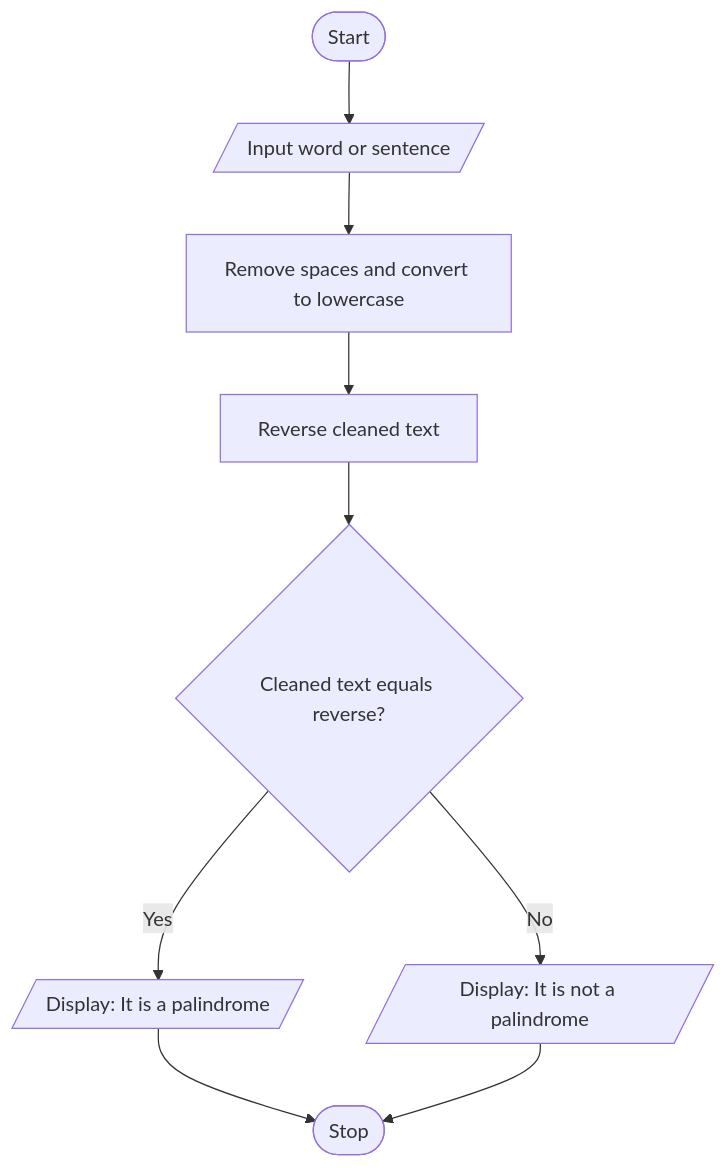
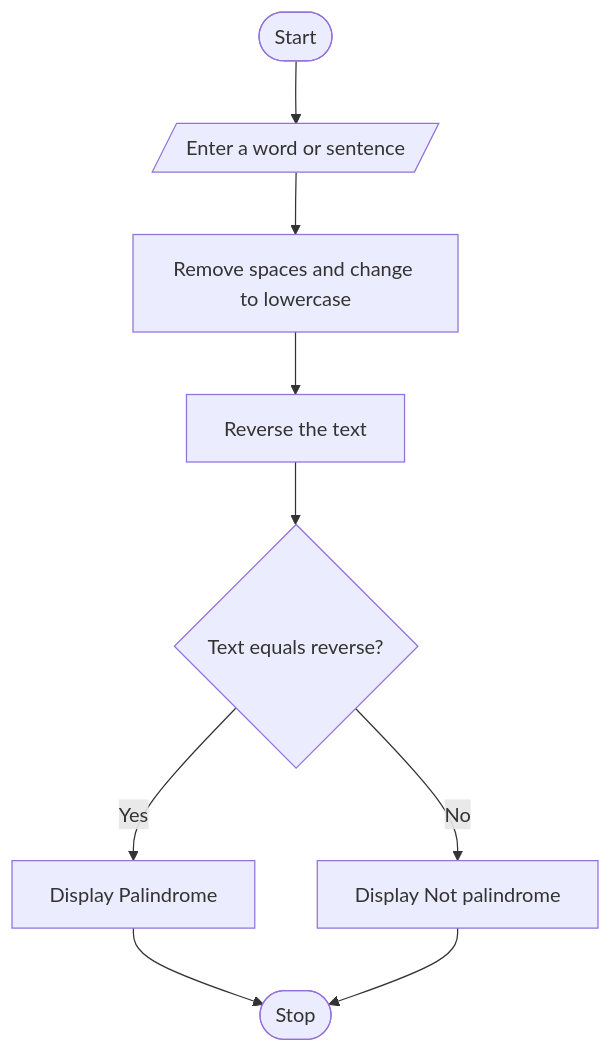
The diagram in 07_Palindrome_Checker/algorithm_flowchart.md (shaikishaa59-lab/ABL-PYTHON-), drawn with Mermaid before and after one commit. The commit also changed other lines of this file, not shown here.

Commit message:
Simplify flowchart for Palindrome Checker

````diff
--- a/07_Palindrome_Checker/algorithm_flowchart.md
+++ b/07_Palindrome_Checker/algorithm_flowchart.md
@@ -13,11 +3,11 @@
 ```mermaid
 flowchart TD
- A([Start]) --> B[/Input word or sentence/]
- B --> C[Remove spaces and convert to lowercase]
- C --> D[Reverse cleaned text]
- D --> E{Cleaned text equals reverse?}
- E -- Yes --> F[/Display: It is a palindrome/]
- E -- No --> G[/Display: It is not a palindrome/]
+ A([Start]) --> B[/Enter a word or sentence/]
+ B --> C[Remove spaces and change to lowercase]
+ C --> D[Reverse the text]
+ D --> E{Text equals reverse?}
+ E -- Yes --> F[Display Palindrome]
+ E -- No --> G[Display Not palindrome]
  F --> H([Stop])
  G --> H
 ```
````
